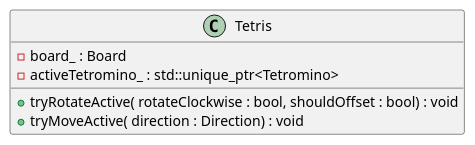
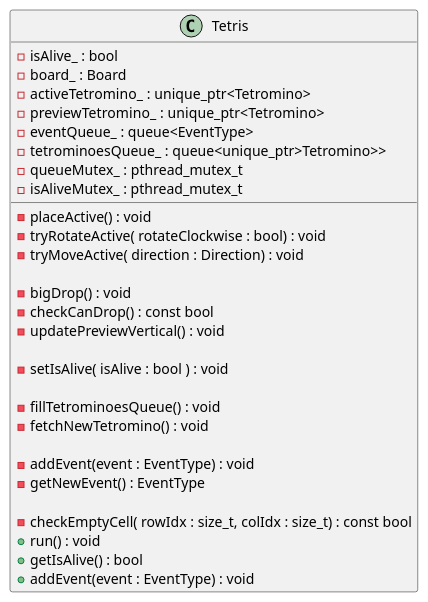
Before and after one commit to ulb-info2-group5/Royal-Blocks: the diagram in SRD-DOC/uml/class/game/Tetris.plantuml, drawn with PlantUML. The commit also changed 7 other files, not shown here.

```diff
--- a/SRD-DOC/uml/class/game/Tetris.plantuml
+++ b/SRD-DOC/uml/class/game/Tetris.plantuml
@@ -1,10 +1,36 @@
 @startuml (id=Tetris)
 
 class Tetris {
+    - isAlive_ : bool
     - board_ : Board
-    - activeTetromino_ : std::unique_ptr<Tetromino>
+    - activeTetromino_ : unique_ptr<Tetromino>
+    - previewTetromino_ : unique_ptr<Tetromino>
+    - eventQueue_ : queue<EventType> 
+    - tetrominoesQueue_ : queue<unique_ptr>Tetromino>> 
+    - queueMutex_ : pthread_mutex_t
+    - isAliveMutex_ : pthread_mutex_t
 
-    + tryRotateActive( rotateClockwise : bool, shouldOffset : bool) : void
-    + tryMoveActive( direction : Direction) : void 
+    - placeActive() : void 
+    - tryRotateActive( rotateClockwise : bool) : void
+    - tryMoveActive( direction : Direction) : void 
+
+    - bigDrop() : void
+    - checkCanDrop() : const bool 
+    - updatePreviewVertical() : void
+
+    - setIsAlive( isAlive : bool ) : void
+
+    - fillTetrominoesQueue() : void
+    - fetchNewTetromino() : void
+
+    - addEvent(event : EventType) : void 
+    - getNewEvent() : EventType
+    
+    - checkEmptyCell( rowIdx : size_t, colIdx : size_t) : const bool
+
+
+    + run() : void
+    + getIsAlive() : bool 
+    + addEvent(event : EventType) : void
 }
 @enduml
```
